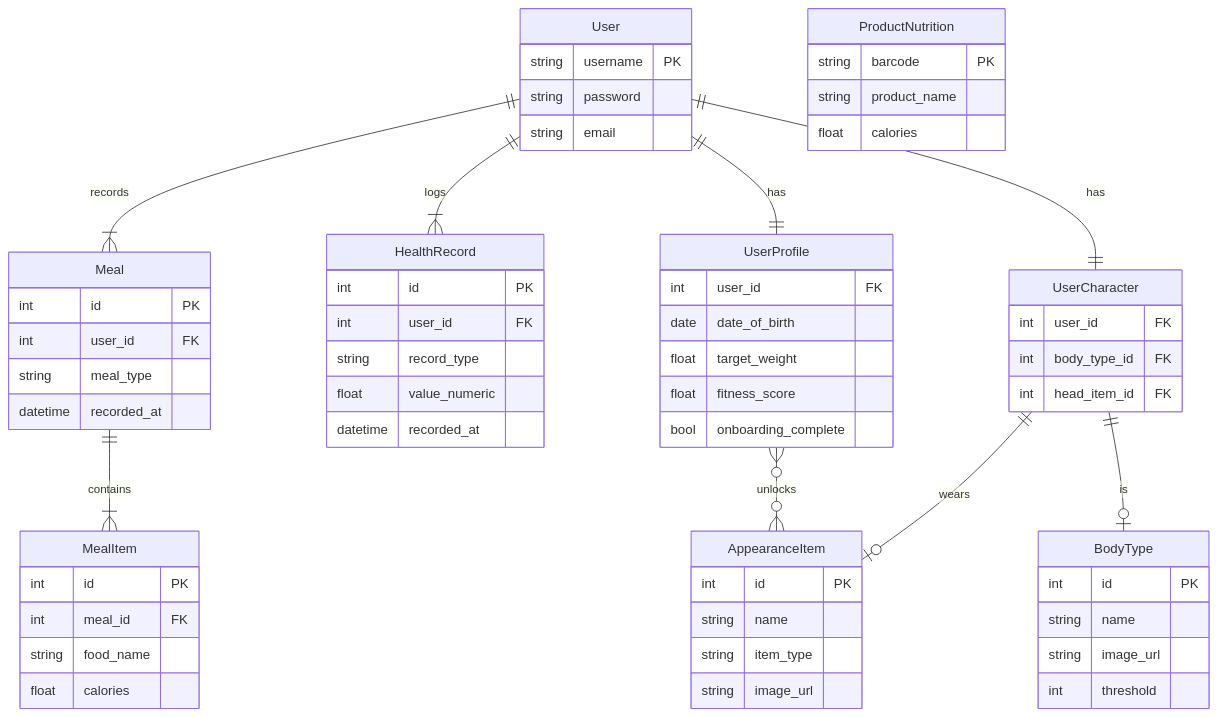
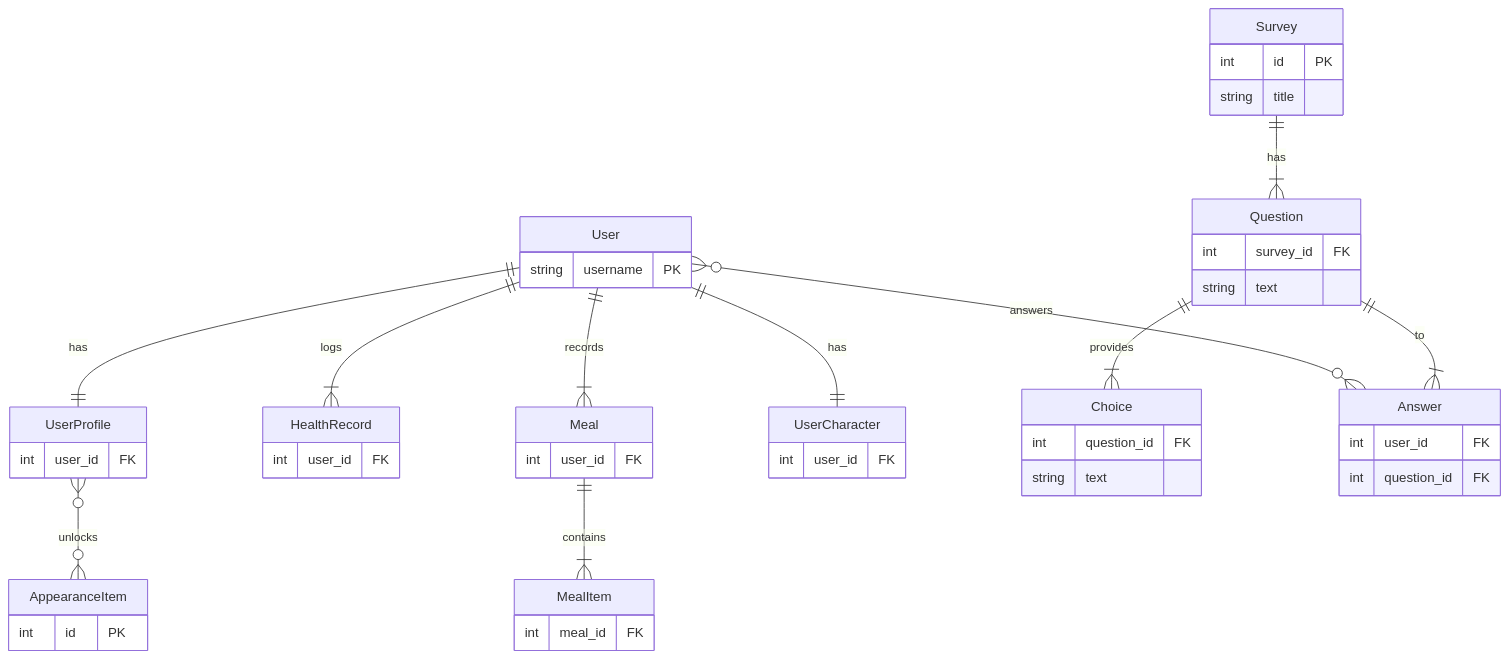
One commit to kyooblume/ms_heakthcare_app changed the diagram in docs/DATABASE_DESIGN.md. Above: the diagram before and after it, drawn with Mermaid. The commit also changed other lines of this file, not shown here.

````diff
--- a/docs/DATABASE_DESIGN.md
+++ b/docs/DATABASE_DESIGN.md
@@ -27,74 +31,52 @@
 ```mermaid
 erDiagram
     User {
         string username PK
-        string password
-        string email
     }
-
     UserProfile {
         int user_id FK
-        date date_of_birth
-        float target_weight
-        float fitness_score
-        bool onboarding_complete
     }
-
     HealthRecord {
-        int id PK
         int user_id FK
-        string record_type
-        float value_numeric
-        datetime recorded_at
     }
-
     Meal {
-        int id PK
         int user_id FK
-        string meal_type
-        datetime recorded_at
     }
-
     MealItem {
-        int id PK
         int meal_id FK
-        string food_name
-        float calories
     }
-
-    ProductNutrition {
-        string barcode PK
-        string product_name
-        float calories
-    }
-
     UserCharacter {
         int user_id FK
-        int body_type_id FK
-        int head_item_id FK
     }
-
-    BodyType {
-        int id PK
-        string name
-        string image_url
-        int threshold
-    }
-
     AppearanceItem {
         int id PK
-        string name
-        string item_type
-        string image_url
+    }
+    Survey {
+        int id PK
+        string title
+    }
+    Question {
+        int survey_id FK
+        string text
+    }
+    Choice {
+        int question_id FK
+        string text
+    }
+    Answer {
+        int user_id FK
+        int question_id FK
     }
 
     User ||--|| UserProfile : "has"
     User ||--|{ HealthRecord : "logs"
     User ||--|{ Meal : "records"
     User ||--|| UserCharacter : "has"
+    User }o--o{ Answer : "answers"
     Meal ||--|{ MealItem : "contains"
-    UserCharacter ||--o| BodyType : "is"
-    UserCharacter ||--o| AppearanceItem : "wears"
     UserProfile }o--o{ AppearanceItem : "unlocks"
+    Survey ||--|{ Question : "has"
+    Question ||--|{ Choice : "provides"
+    Question ||--|{ Answer : "to"
 
 ```
````
